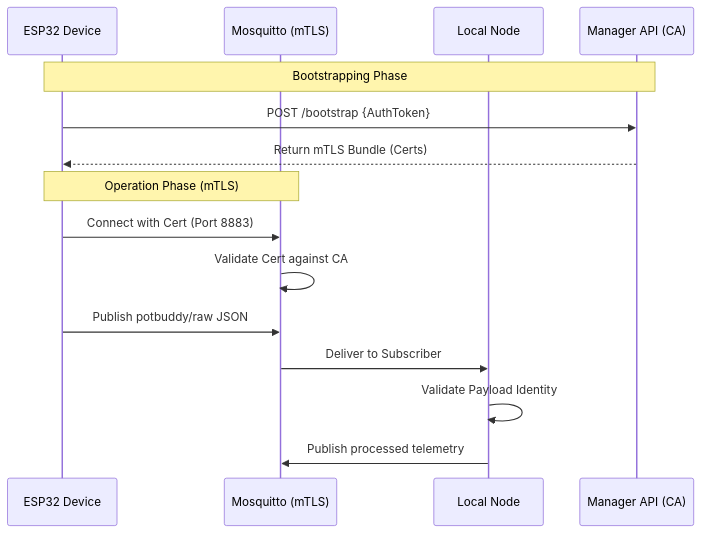
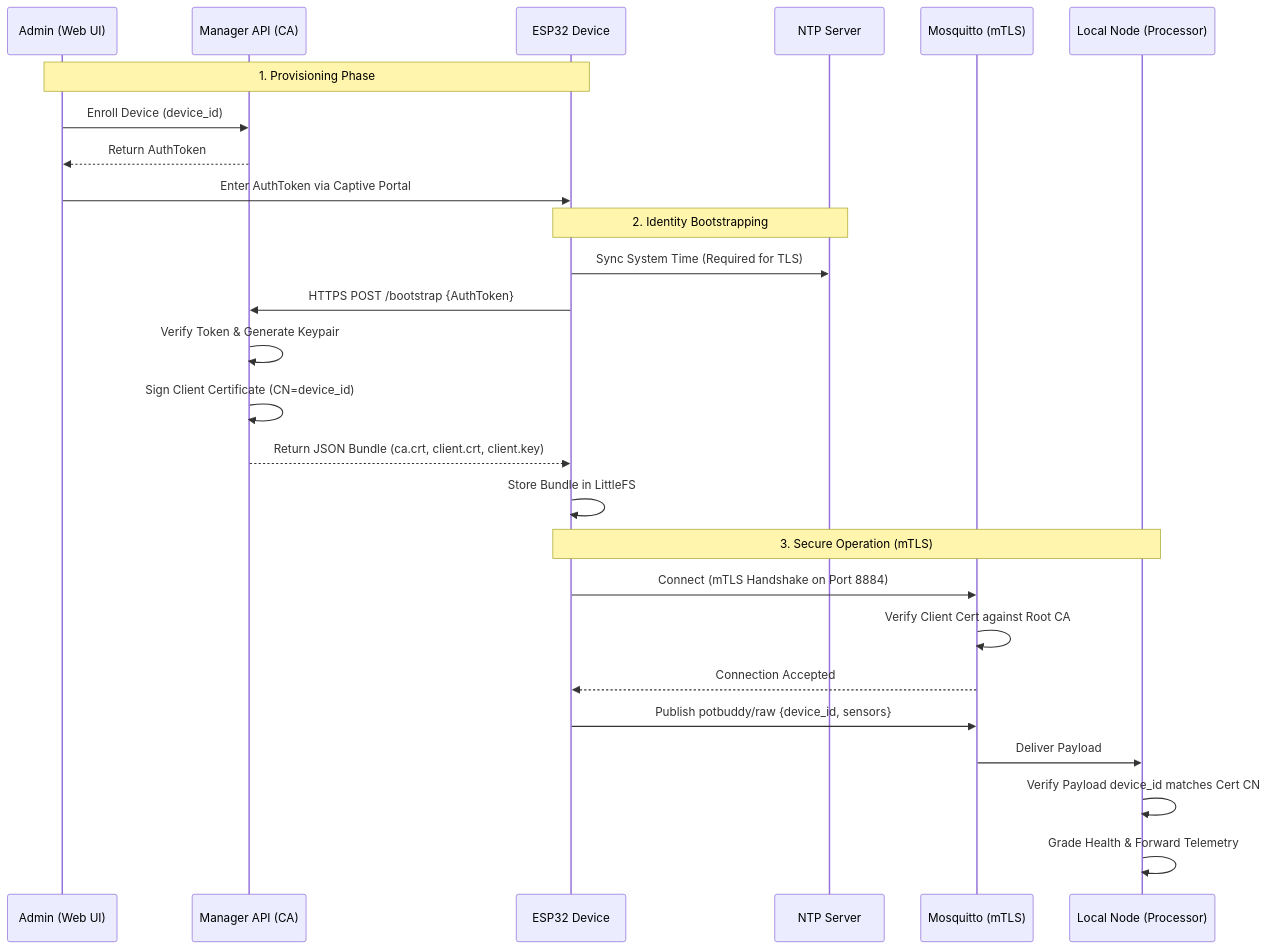
The second of 2 diagrams in Project/readme.md (PEEMAI2004/CPE475), drawn with Mermaid before and after one commit. The commit also changed other lines of this file and 3 other files, not shown here.

Commit message:
feat: implement zero-trust mTLS infrastructure with ESP32 certificate bootstrapping, NTP synchronization.

````diff
--- a/Project/readme.md
+++ b/Project/readme.md
@@ -47,19 +51,31 @@
 ```mermaid
 sequenceDiagram
+    participant Admin as Admin (Web UI)
+    participant Manager as Manager API (CA)
     participant ESP as ESP32 Device
+    participant NTP as NTP Server
     participant Broker as Mosquitto (mTLS)
-    participant Node as Local Node
-    participant Manager as Manager API (CA)
+    participant Node as Local Node (Processor)
 
-    Note over ESP, Manager: Bootstrapping Phase
-    ESP->>Manager: POST /bootstrap {AuthToken}
-    Manager-->>ESP: Return mTLS Bundle (Certs)
-    
-    Note over ESP, Broker: Operation Phase (mTLS)
-    ESP->>Broker: Connect with Cert (Port 8883)
-    Broker->>Broker: Validate Cert against CA
-    ESP->>Broker: Publish potbuddy/raw JSON
-    Broker->>Node: Deliver to Subscriber
-    Node->>Node: Validate Payload Identity
-    Node->>Broker: Publish processed telemetry
+    Note over Admin, ESP: 1. Provisioning Phase
+    Admin->>Manager: Enroll Device (device_id)
+    Manager-->>Admin: Return AuthToken
+    Admin->>ESP: Enter AuthToken via Captive Portal
+
+    Note over ESP, NTP: 2. Identity Bootstrapping
+    ESP->>NTP: Sync System Time (Required for TLS)
+    ESP->>Manager: HTTPS POST /bootstrap {AuthToken}
+    Manager->>Manager: Verify Token & Generate Keypair
+    Manager->>Manager: Sign Client Certificate (CN=device_id)
+    Manager-->>ESP: Return JSON Bundle (ca.crt, client.crt, client.key)
+    ESP->>ESP: Store Bundle in LittleFS
+
+    Note over ESP, Node: 3. Secure Operation (mTLS)
+    ESP->>Broker: Connect (mTLS Handshake on Port 8884)
+    Broker->>Broker: Verify Client Cert against Root CA
+    Broker-->>ESP: Connection Accepted
+    ESP->>Broker: Publish potbuddy/raw {device_id, sensors}
+    Broker->>Node: Deliver Payload
+    Node->>Node: Verify Payload device_id matches Cert CN
+    Node->>Node: Grade Health & Forward Telemetry
 ```
````
